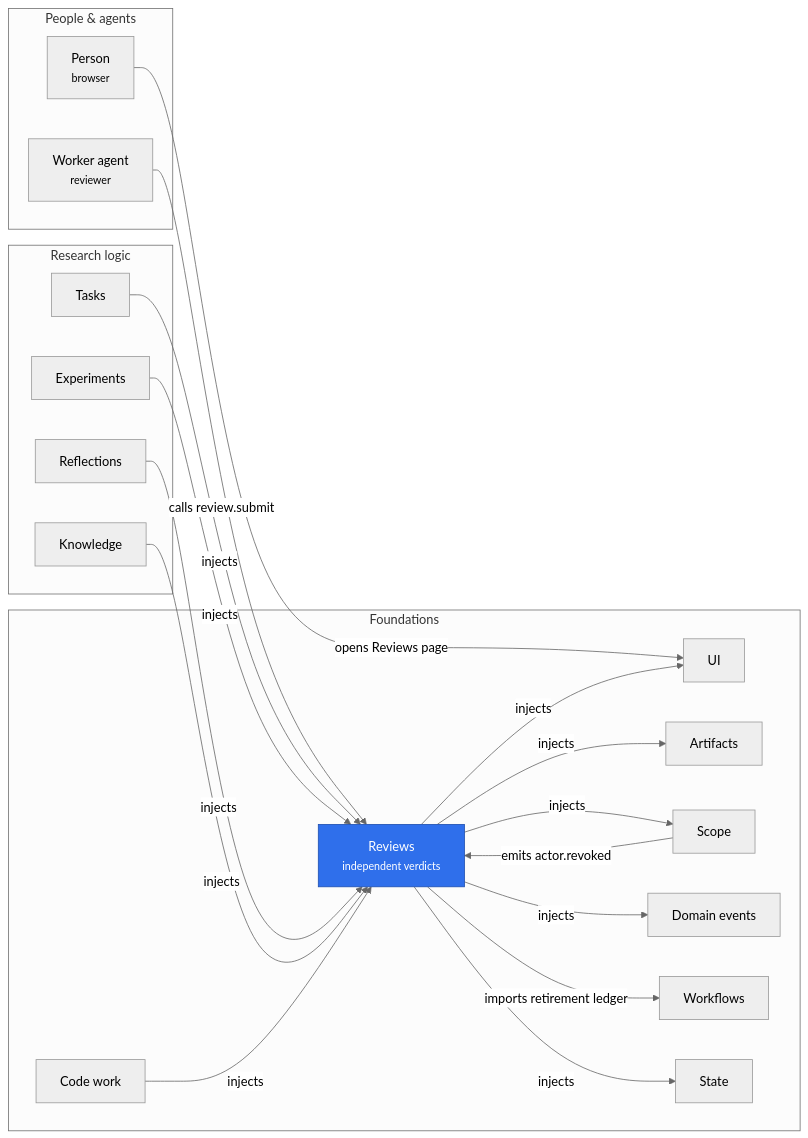
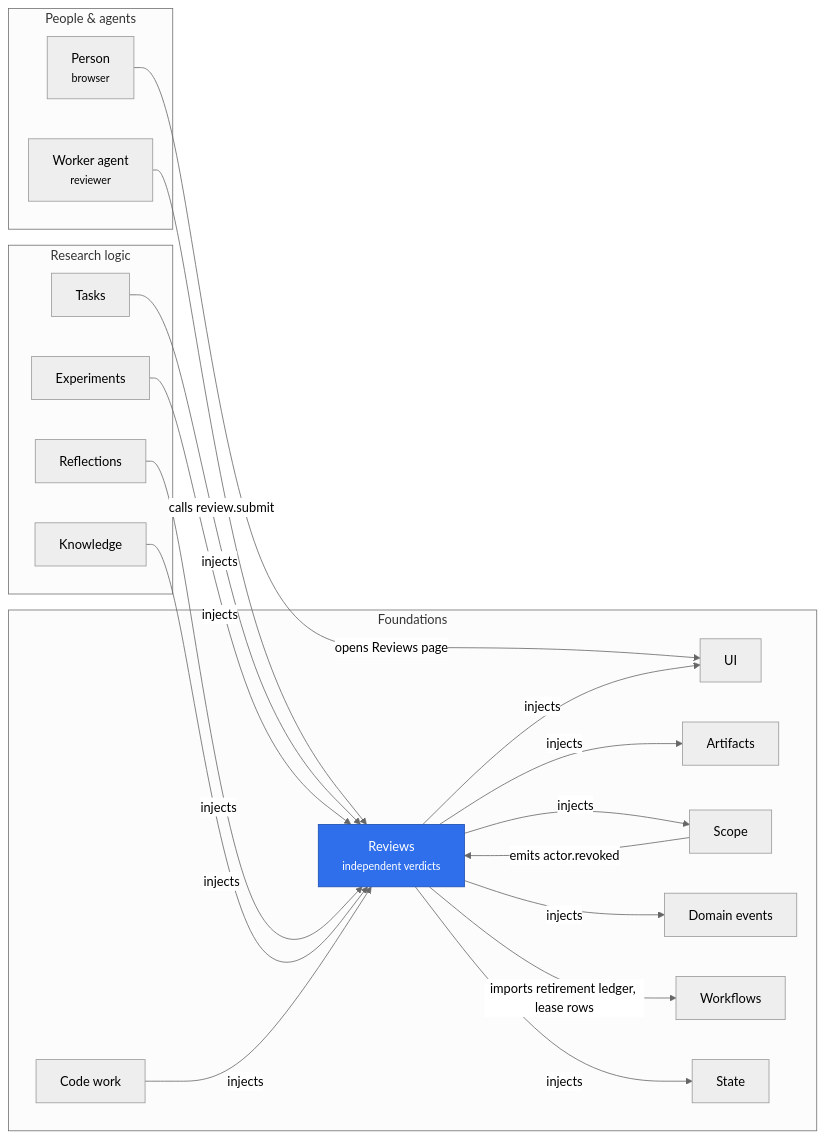
Before and after one commit to rapidreview-io/Merv: the diagram in merv-typescript/packages/reviews/README.md, drawn with Mermaid (neutral theme). The commit also changed other lines of this file and 37 other files, not shown here.

First line of the commit message:
Keep every leased step's lease in one Workflows table

````diff
--- a/merv-typescript/packages/reviews/README.md
+++ b/merv-typescript/packages/reviews/README.md
@@ -7,39 +7,39 @@
 ```mermaid
 flowchart LR
   subgraph peopleLayer["People & agents"]
     person["Person<br/><small>browser</small>"]
     workerAgent["Worker agent<br/><small>reviewer</small>"]
   end
   subgraph researchLayer["Research logic"]
     tasks["Tasks"]
     experiments["Experiments"]
     reflections["Reflections"]
     knowledge["Knowledge"]
   end
   subgraph foundationsLayer["Foundations"]
     reviews["Reviews<br/><small>independent verdicts</small>"]
     codeWork["Code work"]
     ui["UI"]
     artifacts["Artifacts"]
     scope["Scope"]
     domainEvents["Domain events"]
     workflows["Workflows"]
     state["State"]
   end
   workerAgent -- "calls review.submit" --> reviews
   person -- "opens Reviews page" --> ui
   reviews -- "injects" --> ui
   tasks -- "injects" --> reviews
   experiments -- "injects" --> reviews
   reflections -- "injects" --> reviews
   knowledge -- "injects" --> reviews
   codeWork -- "injects" --> reviews
   reviews -- "injects" --> artifacts
   reviews -- "injects" --> scope
   reviews -- "injects" --> domainEvents
   reviews -- "injects" --> state
-  reviews -- "imports retirement ledger" --> workflows
+  reviews -- "imports retirement ledger, lease rows" --> workflows
   scope -- "emits actor.revoked" --> reviews
   classDef self fill:#2f6feb,color:#fff,stroke:#1f4fb0
   class reviews self
 ```
````
